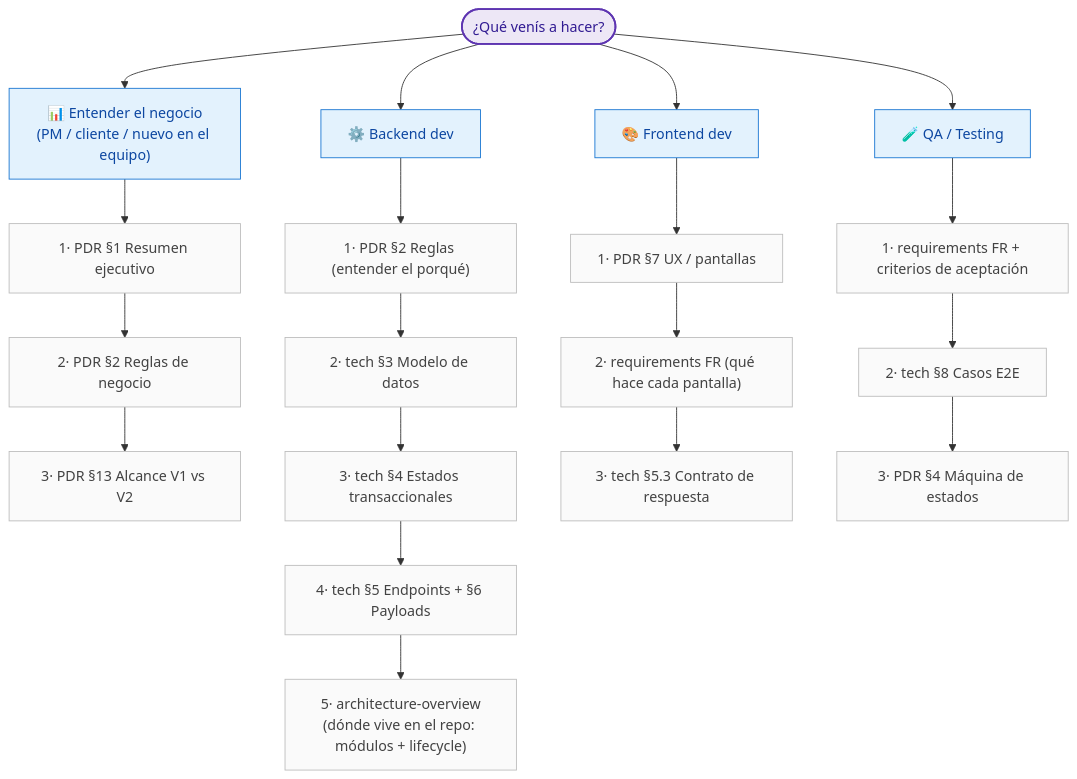
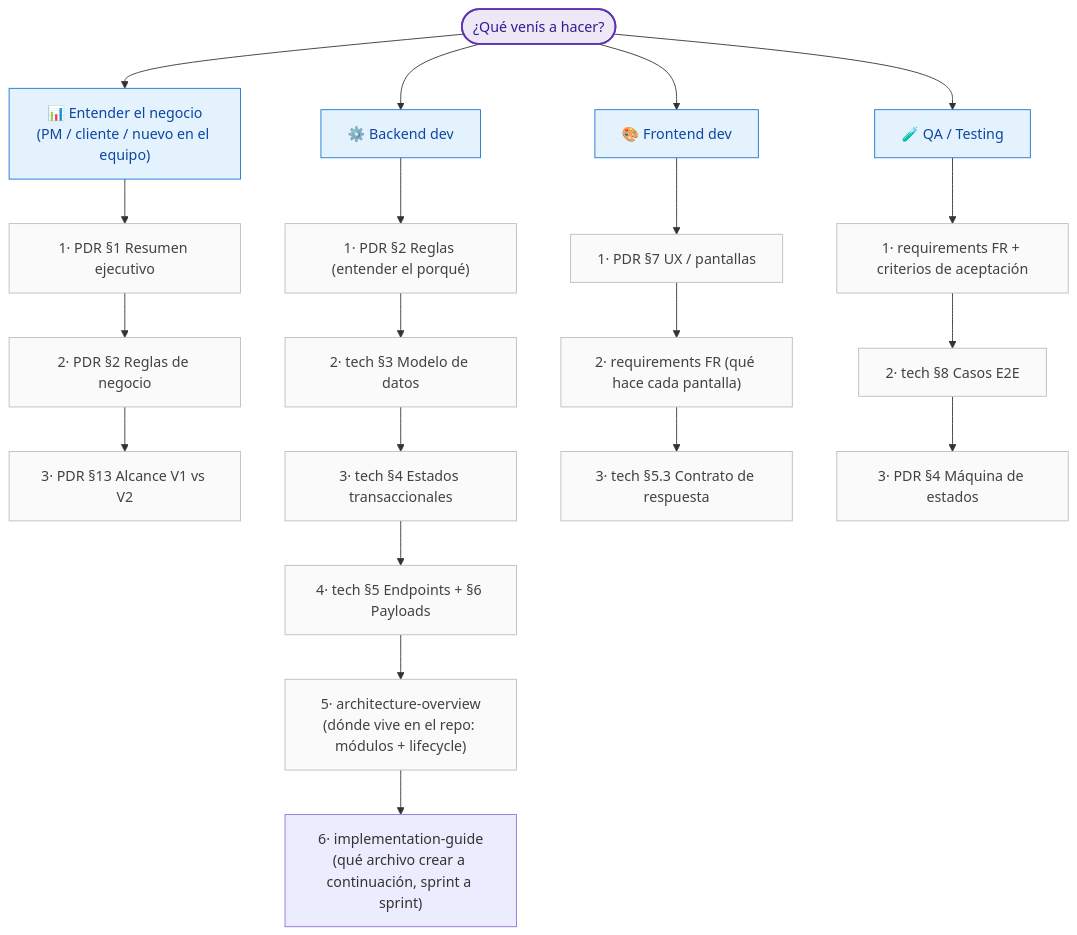
One commit to Santillan-Reyna-Ariel-Angel/wonderchicken-docs changed the fourth of 5 diagrams in docs/indice_pdr.md. Above: the diagram before and after it, drawn with Mermaid. The commit also changed other lines of this file and 2 other files, not shown here.

````diff
--- a/docs/indice_pdr.md
+++ b/docs/indice_pdr.md
@@ -203,34 +205,35 @@
 ```mermaid
 flowchart TB
     START(["¿Qué venís a hacer?"])
 
     START --> PM["📊 Entender el negocio<br/>(PM / cliente / nuevo en el equipo)"]
     START --> BE["⚙️ Backend dev"]
     START --> FE["🎨 Frontend dev"]
     START --> QA["🧪 QA / Testing"]
 
     PM --> PM1["1· PDR §1 Resumen ejecutivo"]
     PM1 --> PM2["2· PDR §2 Reglas de negocio"]
     PM2 --> PM3["3· PDR §13 Alcance V1 vs V2"]
 
     BE --> BE1["1· PDR §2 Reglas (entender el porqué)"]
     BE1 --> BE2["2· tech §3 Modelo de datos"]
     BE2 --> BE3["3· tech §4 Estados transaccionales"]
     BE3 --> BE4["4· tech §5 Endpoints + §6 Payloads"]
     BE4 --> BE5["5· architecture-overview<br/>(dónde vive en el repo: módulos + lifecycle)"]
+    BE5 --> BE6["6· implementation-guide<br/>(qué archivo crear a continuación, sprint a sprint)"]
 
     FE --> FE1["1· PDR §7 UX / pantallas"]
     FE1 --> FE2["2· requirements FR (qué hace cada pantalla)"]
     FE2 --> FE3["3· tech §5.3 Contrato de respuesta"]
 
     QA --> QA1["1· requirements FR + criterios de aceptación"]
     QA1 --> QA2["2· tech §8 Casos E2E"]
     QA2 --> QA3["3· PDR §4 Máquina de estados"]
 
     classDef start fill:#ede7f6,stroke:#5e35b1,color:#311b92,stroke-width:2px
     classDef role fill:#e3f2fd,stroke:#1976d2,color:#0d47a1
     classDef step fill:#fafafa,stroke:#bdbdbd,color:#424242
     class START start
     class PM,BE,FE,QA role
     class PM1,PM2,PM3,BE1,BE2,BE3,BE4,BE5,FE1,FE2,FE3,QA1,QA2,QA3 step
 ```
````
